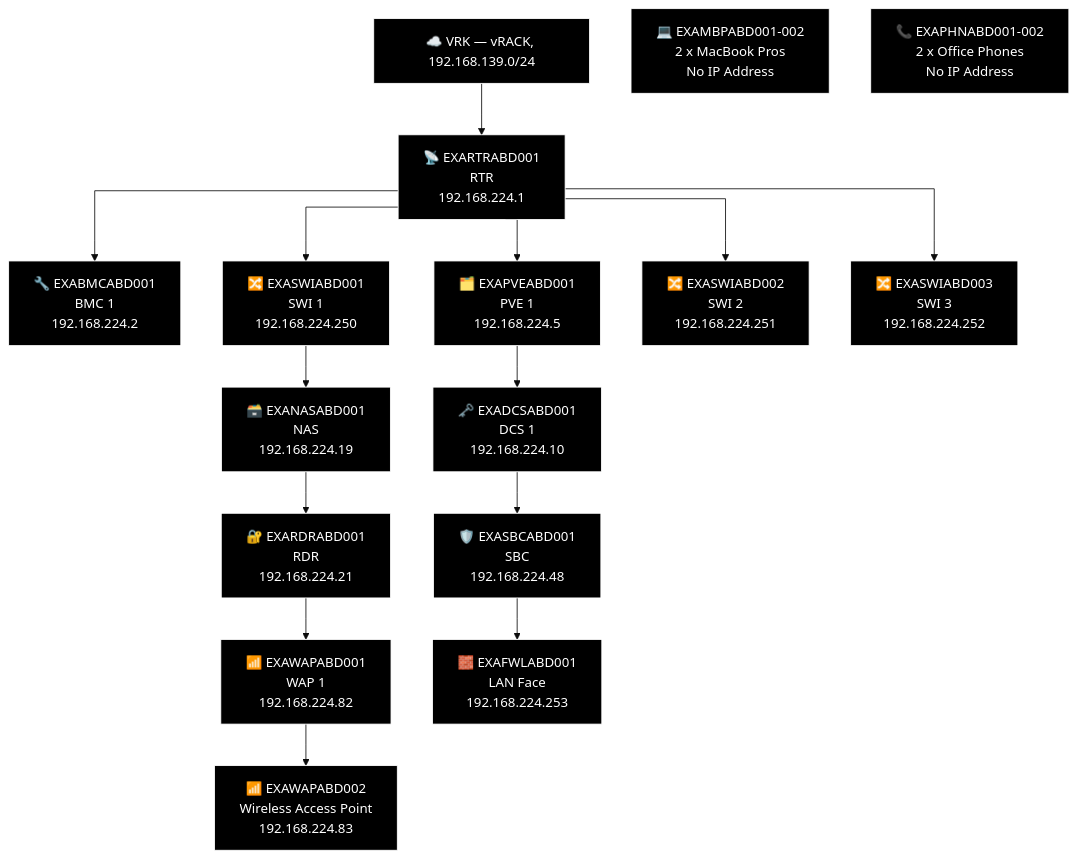
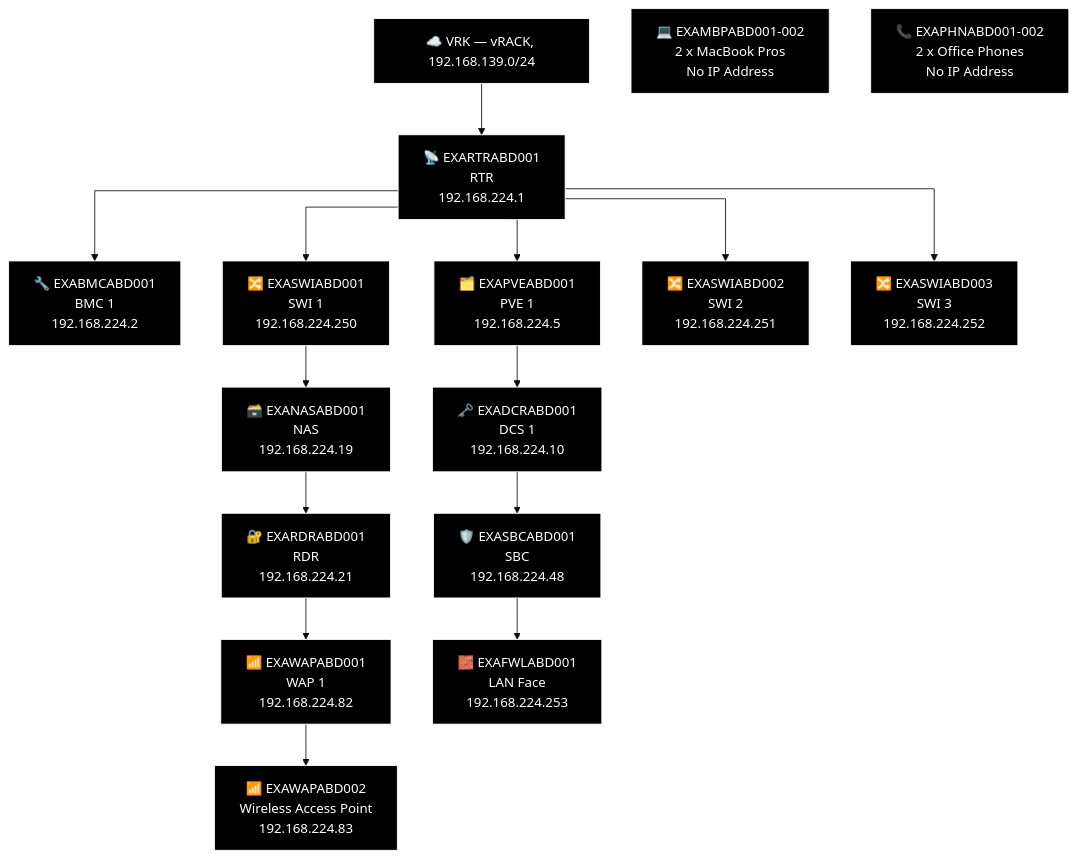
Before and after one commit to knightmare2600/example_music_infra: diagram 21 of 21 in docs/network-diagram/scotland.md, drawn with Mermaid (base theme). The commit also changed other lines of this file and 8 other files, not shown here.

````diff
--- a/docs/network-diagram/scotland.md
+++ b/docs/network-diagram/scotland.md
@@ -1191,46 +1154,46 @@
 ```mermaid
 %% GENERATED:TOPOLOGY:ABD:START
 %%{init: {'flowchart': {'curve': 'stepAfter'}}}%%
 graph TD
     T_VRK["☁️ VRK — vRACK, 192.168.139.0/24"]
     T_RTR["📡 EXARTRABD001<br/>RTR<br/>192.168.224.1"]
     T_VRK --> T_RTR
     T_BMC["🔧 EXABMCABD001<br/>BMC 1<br/>192.168.224.2"]
     T_RTR --> T_BMC
     T_PVE["🗂️ EXAPVEABD001<br/>PVE 1<br/>192.168.224.5"]
     T_RTR --> T_PVE
     T_SWI["🔀 EXASWIABD001<br/>SWI 1<br/>192.168.224.250"]
     T_RTR --> T_SWI
     T_SWI2["🔀 EXASWIABD002<br/>SWI 2<br/>192.168.224.251"]
     T_RTR --> T_SWI2
     T_SWI3["🔀 EXASWIABD003<br/>SWI 3<br/>192.168.224.252"]
     T_RTR --> T_SWI3
     T_NAS["🗃️ EXANASABD001<br/>NAS<br/>192.168.224.19"]
     T_RDR["🔐 EXARDRABD001<br/>RDR<br/>192.168.224.21"]
     T_WAP["📶 EXAWAPABD001<br/>WAP 1<br/>192.168.224.82"]
     T_WAP2["📶 EXAWAPABD002<br/>Wireless Access Point<br/>192.168.224.83"]
     T_SWI --> T_NAS --> T_RDR --> T_WAP --> T_WAP2
-    T_DCS["🗝️ EXADCSABD001<br/>DCS 1<br/>192.168.224.10"]
+    T_DCS["🗝️ EXADCRABD001<br/>DCS 1<br/>192.168.224.10"]
     T_SBC["🛡️ EXASBCABD001<br/>SBC<br/>192.168.224.48"]
     T_FWL["🧱 EXAFWLABD001<br/>LAN Face<br/>192.168.224.253"]
     T_PVE --> T_DCS --> T_SBC --> T_FWL
     T_OTH_MBP["💻 EXAMBPABD001-002<br/>2 x MacBook Pros<br/>No IP Address"]
     T_OTH_PHN["📞 EXAPHNABD001-002<br/>2 x Office Phones<br/>No IP Address"]
     style T_VRK fill:#000000,stroke:#FFFFFF,color:#FFFFFF
     style T_RTR fill:#000000,stroke:#FFFFFF,color:#FFFFFF
     style T_BMC fill:#000000,stroke:#FFFFFF,color:#FFFFFF
     style T_PVE fill:#000000,stroke:#FFFFFF,color:#FFFFFF
     style T_SWI fill:#000000,stroke:#FFFFFF,color:#FFFFFF
     style T_SWI2 fill:#000000,stroke:#FFFFFF,color:#FFFFFF
     style T_SWI3 fill:#000000,stroke:#FFFFFF,color:#FFFFFF
     style T_NAS fill:#000000,stroke:#FFFFFF,color:#FFFFFF
     style T_RDR fill:#000000,stroke:#FFFFFF,color:#FFFFFF
     style T_WAP fill:#000000,stroke:#FFFFFF,color:#FFFFFF
     style T_WAP2 fill:#000000,stroke:#FFFFFF,color:#FFFFFF
     style T_DCS fill:#000000,stroke:#FFFFFF,color:#FFFFFF
     style T_SBC fill:#000000,stroke:#FFFFFF,color:#FFFFFF
     style T_FWL fill:#000000,stroke:#FFFFFF,color:#FFFFFF
     style T_OTH_MBP fill:#000000,stroke:#FFFFFF,color:#FFFFFF
     style T_OTH_PHN fill:#000000,stroke:#FFFFFF,color:#FFFFFF
 %% GENERATED:TOPOLOGY:ABD:END
 ```
````
